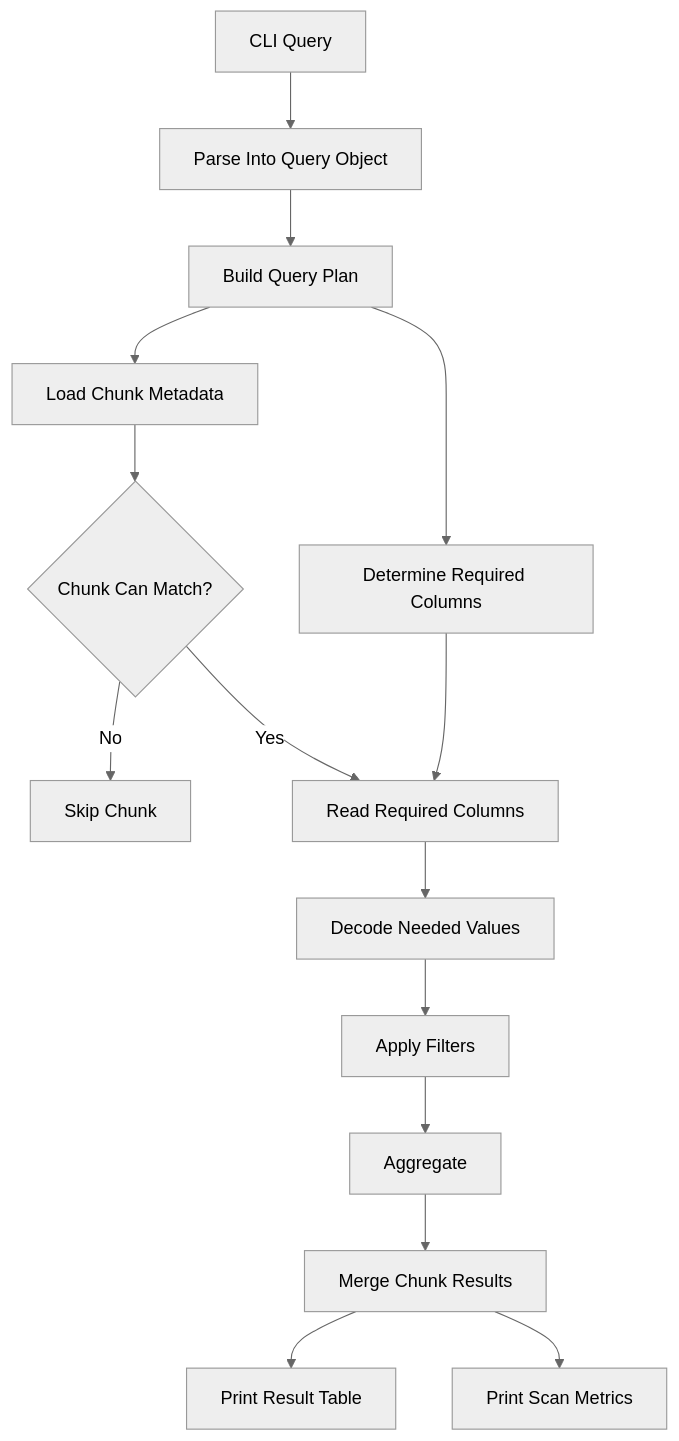
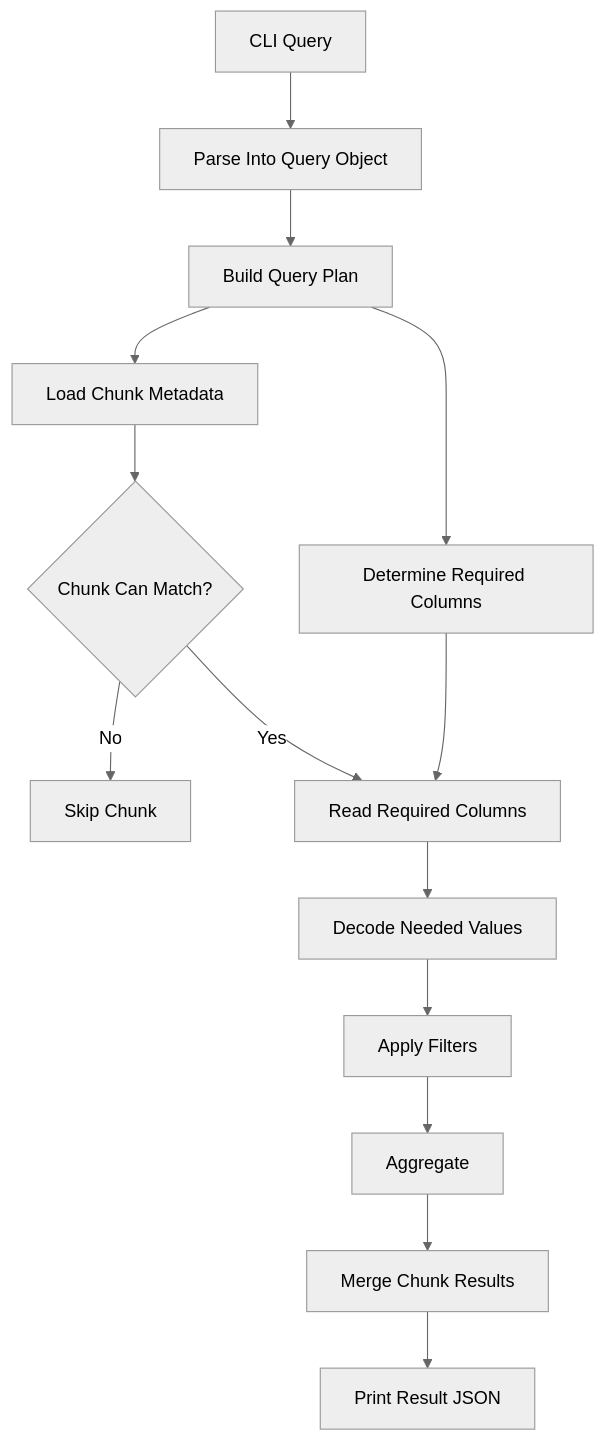
Before and after one commit to pitaleabhishek/tickdb: the second of 2 diagrams in docs/architecture.md, drawn with Mermaid (neutral theme). The commit also changed other lines of this file and 11 other files, not shown here.

````diff
--- a/docs/architecture.md
+++ b/docs/architecture.md
@@ -114,17 +114,16 @@
 ```mermaid
 flowchart TD
     A[CLI Query] --> B[Parse Into Query Object]
     B --> C[Build Query Plan]
     C --> D[Determine Required Columns]
     C --> E[Load Chunk Metadata]
     E --> F{Chunk Can Match?}
     F -- No --> G[Skip Chunk]
     F -- Yes --> H[Read Required Columns]
     D --> H
     H --> I[Decode Needed Values]
     I --> J[Apply Filters]
     J --> K[Aggregate]
     K --> L[Merge Chunk Results]
-    L --> M[Print Result Table]
-    L --> N[Print Scan Metrics]
+    L --> M[Print Result JSON]
 ```
````
